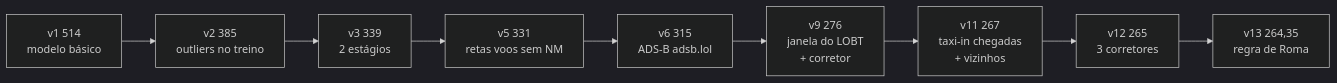
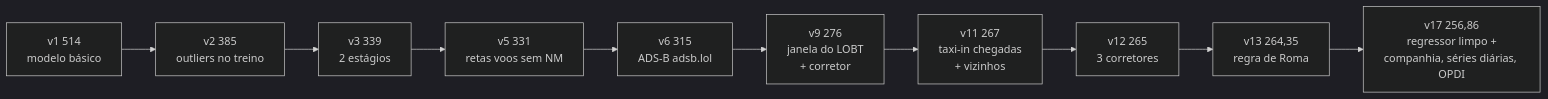
Before and after one commit to EnioAguiar/prc-taxiout-2026: the first of 3 diagrams in docs/mapa.md, drawn with Mermaid (dark theme). The commit also changed other lines of this file and 8 other files, not shown here.

````diff
--- a/docs/mapa.md
+++ b/docs/mapa.md
@@ -44,11 +44,12 @@
 ```mermaid
 flowchart LR
     A["v1 514<br/>modelo básico"] --> B["v2 385<br/>outliers no treino"]
     B --> C["v3 339<br/>2 estágios"]
     C --> D["v5 331<br/>retas voos sem NM"]
     D --> E["v6 315<br/>ADS-B adsb.lol"]
     E --> F["v9 276<br/>janela do LOBT<br/>+ corretor"]
     F --> G["v11 267<br/>taxi-in chegadas<br/>+ vizinhos"]
     G --> H["v12 265<br/>3 corretores"]
     H --> I["v13 264,35<br/>regra de Roma"]
+    I --> J2["v17 256,86<br/>regressor limpo +<br/>companhia, séries diárias, OPDI"]
 ```
````
